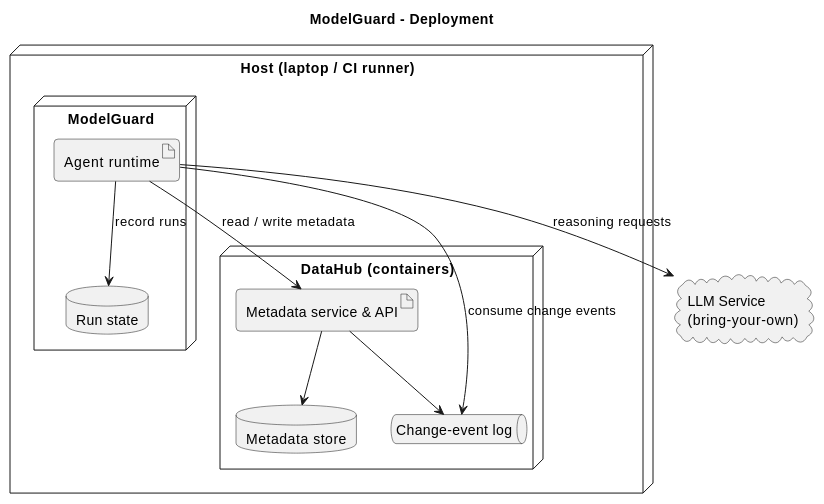
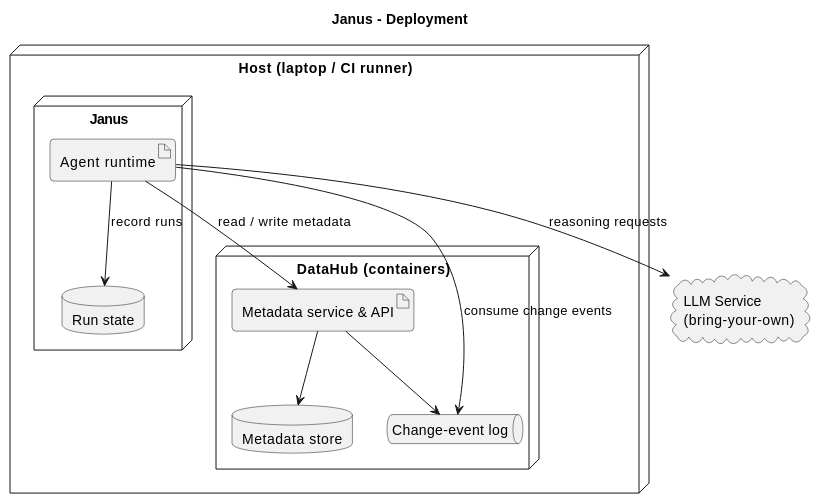
Before and after one commit to Ahmedxsaad/Janus: the fifth of 5 diagrams in docs/plan/architecture.md, drawn with PlantUML. The commit also changed other lines of this file and 338 other files, not shown here.

````diff
--- a/docs/plan/architecture.md
+++ b/docs/plan/architecture.md
@@ -319,28 +319,28 @@
 ```plantuml
 @startuml
-title ModelGuard - Deployment
+title Janus - Deployment
 skinparam shadowing false
 skinparam roundcorner 8
 skinparam defaultFontName "Helvetica"
 
 node "Host  (laptop / CI runner)" as Host {
   node "DataHub  (containers)" as DH {
     artifact "Metadata service & API" as GMS
     database "Metadata store" as STORE
     queue "Change-event log" as LOG
   }
-  node "ModelGuard" as MG {
+  node "Janus" as MG {
     artifact "Agent runtime" as AGT
     database "Run state" as RST
   }
 }
 cloud "LLM Service\n(bring-your-own)" as LLM
 
 AGT --> GMS : read / write metadata
 AGT --> LOG : consume change events
 AGT --> RST : record runs
 AGT --> LLM : reasoning requests
 GMS --> STORE
 GMS --> LOG
 @enduml
 ```
````
